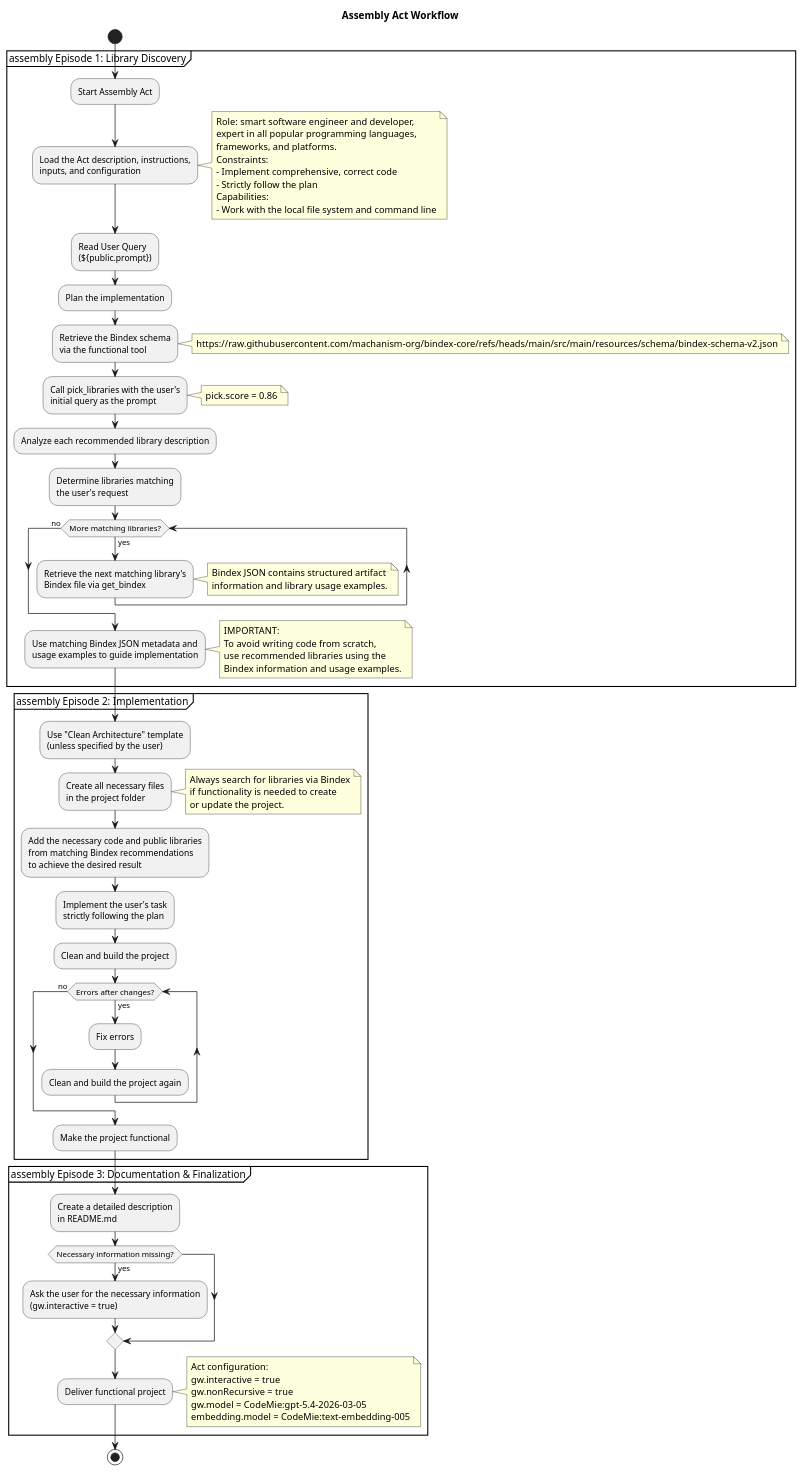
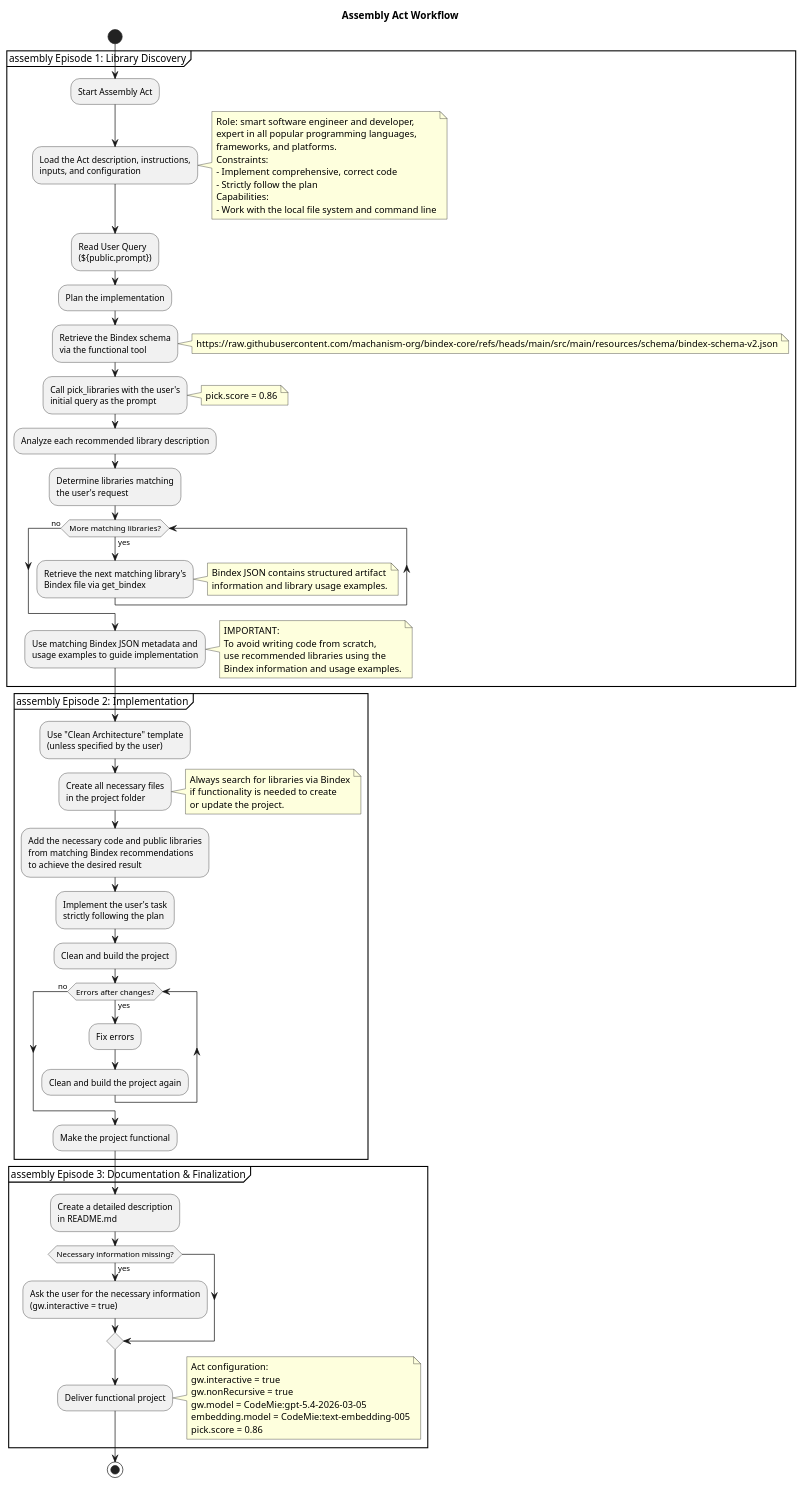
One commit to machanism-org/bindex-core changed the diagram in src/site/puml/assembly-act-workflow.puml. Above: the diagram before and after it, drawn with PlantUML. The commit also changed 2 other files, not shown here.

Commit message:
docs: clarify function tools and architecture
Document descriptor retrieval sources, project-scoped local file handling, and top-level selection behavior for get_bindex.

```diff
--- a/src/site/puml/assembly-act-workflow.puml
+++ b/src/site/puml/assembly-act-workflow.puml
@@ -5,83 +5,84 @@
 @startuml assembly-workflow
 
 title Assembly Act Workflow
 
 start
 
 partition "assembly Episode 1: Library Discovery" {
   :Start Assembly Act;
   :Load the Act description, instructions,\ninputs, and configuration;
   note right
     Role: smart software engineer and developer,
     expert in all popular programming languages,
     frameworks, and platforms.
     Constraints:
     - Implement comprehensive, correct code
     - Strictly follow the plan
     Capabilities:
     - Work with the local file system and command line
   end note
   :Read User Query\n(${public.prompt});
   :Plan the implementation;
   :Retrieve the Bindex schema\nvia the functional tool;
   note right
     https://raw.githubusercontent.com/machanism-org/bindex-core/refs/heads/main/src/main/resources/schema/bindex-schema-v2.json
   end note
   :Call pick_libraries with the user's\ninitial query as the prompt;
   note right
     pick.score = 0.86
   end note
   :Analyze each recommended library description;
   :Determine libraries matching\nthe user's request;
   while (More matching libraries?) is (yes)
     :Retrieve the next matching library's\nBindex file via get_bindex;
     note right
       Bindex JSON contains structured artifact
       information and library usage examples.
     end note
   endwhile (no)
   :Use matching Bindex JSON metadata and\nusage examples to guide implementation;
   note right
     IMPORTANT:
     To avoid writing code from scratch,
     use recommended libraries using the
     Bindex information and usage examples.
   end note
 }
 
 partition "assembly Episode 2: Implementation" {
   :Use "Clean Architecture" template\n(unless specified by the user);
   :Create all necessary files\nin the project folder;
   note right
     Always search for libraries via Bindex
     if functionality is needed to create
     or update the project.
   end note
   :Add the necessary code and public libraries\nfrom matching Bindex recommendations\nto achieve the desired result;
   :Implement the user's task\nstrictly following the plan;
   :Clean and build the project;
   while (Errors after changes?) is (yes)
     :Fix errors;
     :Clean and build the project again;
   endwhile (no)
   :Make the project functional;
 }
 
 partition "assembly Episode 3: Documentation & Finalization" {
   :Create a detailed description\nin README.md;
   if (Necessary information missing?) then (yes)
     :Ask the user for the necessary information\n(gw.interactive = true);
   endif
   :Deliver functional project;
   note right
     Act configuration:
     gw.interactive = true
     gw.nonRecursive = true
     gw.model = CodeMie:gpt-5.4-2026-03-05
     embedding.model = CodeMie:text-embedding-005
+    pick.score = 0.86
   end note
 }
 
 stop
 
 @enduml
```
